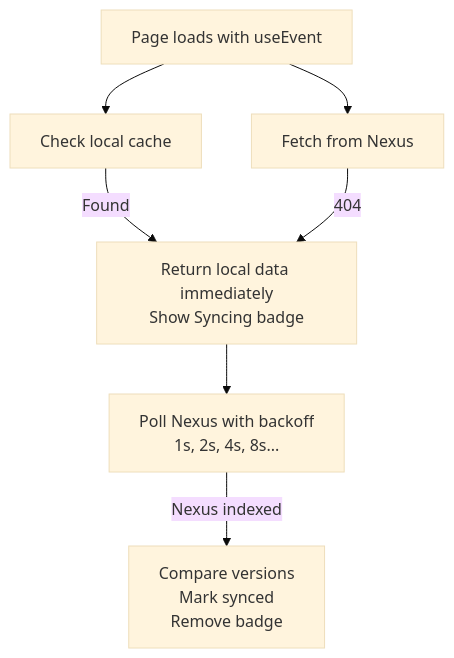
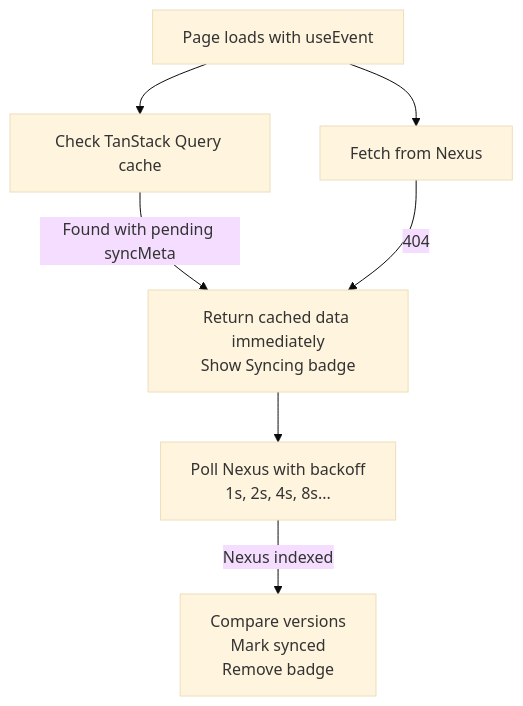
The third of 3 diagrams in docs/OPTIMISTIC_CACHING.md (gillohner/eventky), drawn with Mermaid (base theme) before and after one commit. The commit also changed other lines of this file and 31 other files, not shown here.

First line of the commit message:
feat: Implement event hooks with optimistic caching and background sync

````diff
--- a/docs/OPTIMISTIC_CACHING.md
+++ b/docs/OPTIMISTIC_CACHING.md
@@ -106,9 +131,9 @@
 ```mermaid
 flowchart TD
-    A[Page loads with useEvent] --> B[Check local cache]
+    A[Page loads with useEvent] --> B[Check TanStack Query cache]
     A --> C[Fetch from Nexus]
-    B -->|Found| D[Return local data immediately<br/>Show Syncing badge]
+    B -->|Found with pending syncMeta| D[Return cached data immediately<br/>Show Syncing badge]
     C -->|404| D
     D --> E[Poll Nexus with backoff<br/>1s, 2s, 4s, 8s...]
     E -->|Nexus indexed| F[Compare versions<br/>Mark synced<br/>Remove badge]
 ```
````
